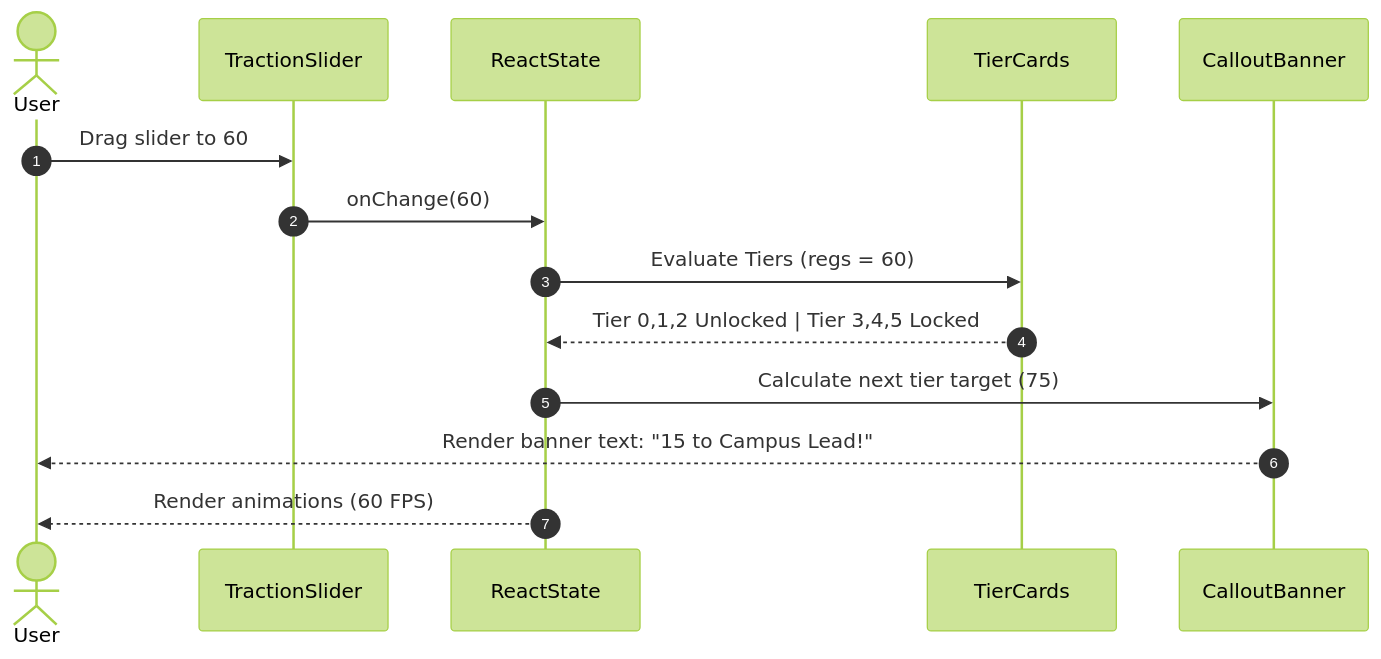
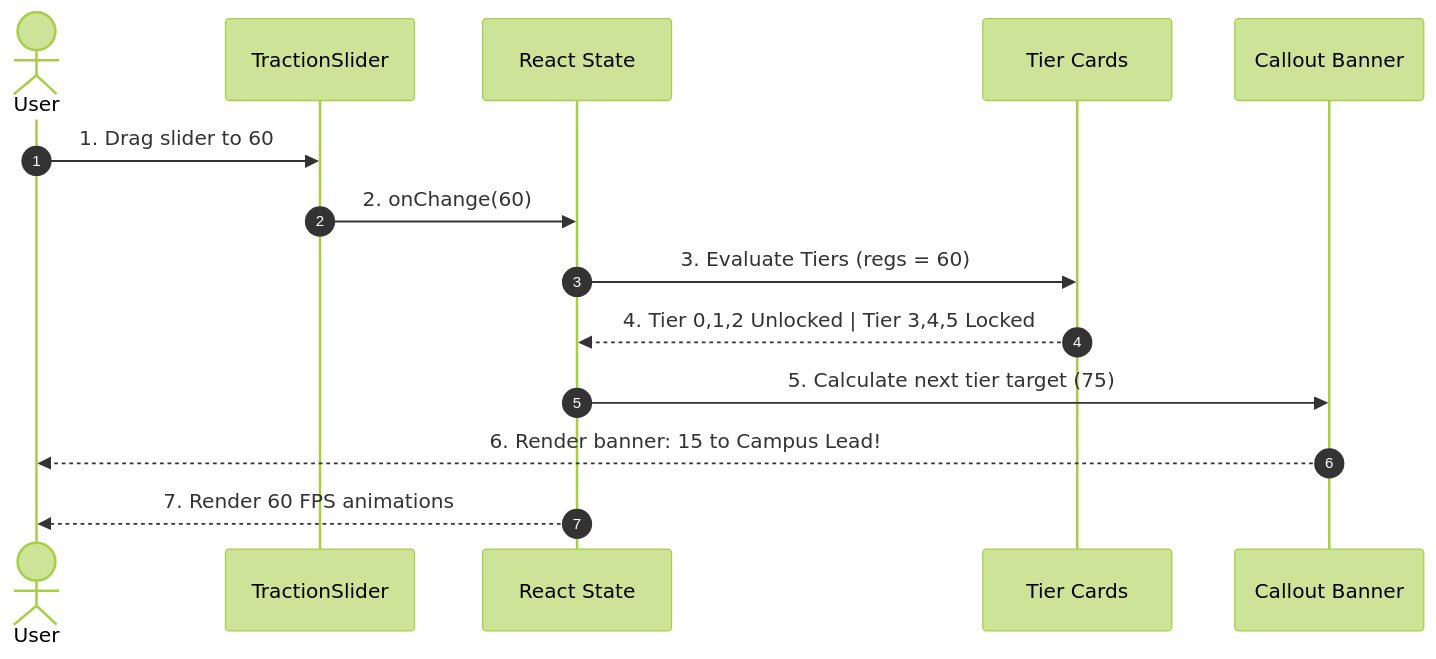
The fourth of 4 diagrams in Spec.md (nanthitha25/Polygnan_assignment), drawn with Mermaid (forest theme) before and after one commit. The commit also changed other lines of this file, not shown here.

Commit message:
fix: update diagrams with ASCII blocks and compatible Mermaid syntax for clean rendering

````diff
--- a/Spec.md
+++ b/Spec.md
@@ -188,17 +265,17 @@
 ```mermaid
 sequenceDiagram
     autonumber
-    actor User
-    participant TractionSlider
-    participant ReactState
-    participant TierCards
-    participant CalloutBanner
+    actor User as User
+    participant TractionSlider as TractionSlider
+    participant ReactState as React State
+    participant TierCards as Tier Cards
+    participant CalloutBanner as Callout Banner
 
-    User->>TractionSlider: Drag slider to 60
-    TractionSlider->>ReactState: onChange(60)
-    ReactState->>TierCards: Evaluate Tiers (regs = 60)
-    TierCards-->>ReactState: Tier 0,1,2 Unlocked | Tier 3,4,5 Locked
-    ReactState->>CalloutBanner: Calculate next tier target (75)
-    CalloutBanner-->>User: Render banner text: "15 to Campus Lead!"
-    ReactState-->>User: Render animations (60 FPS)
+    User->>TractionSlider: 1. Drag slider to 60
+    TractionSlider->>ReactState: 2. onChange(60)
+    ReactState->>TierCards: 3. Evaluate Tiers (regs = 60)
+    TierCards-->>ReactState: 4. Tier 0,1,2 Unlocked | Tier 3,4,5 Locked
+    ReactState->>CalloutBanner: 5. Calculate next tier target (75)
+    CalloutBanner-->>User: 6. Render banner: 15 to Campus Lead!
+    ReactState-->>User: 7. Render 60 FPS animations
 ```
````
